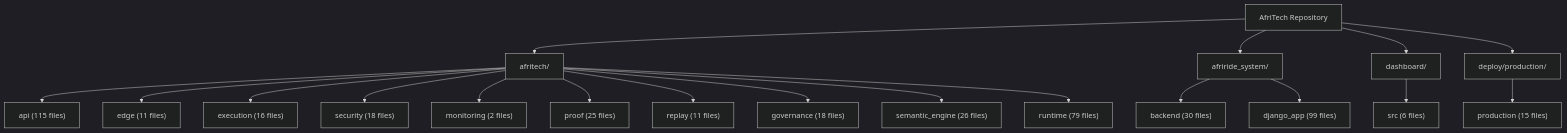
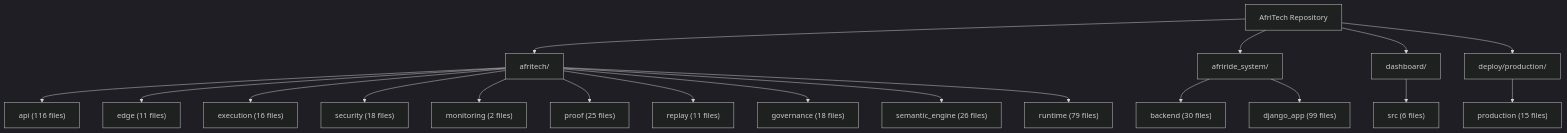
One commit to Strelly2023/afritelematics changed the second of 2 diagrams in docs/architecture/AFRITECH_FULL_ARCHITECTURE_GRAPH.md. Above: the diagram before and after it, drawn with Mermaid (dark theme). The commit also changed other lines of this file and 8 other files, not shown here.

````diff
--- a/docs/architecture/AFRITECH_FULL_ARCHITECTURE_GRAPH.md
+++ b/docs/architecture/AFRITECH_FULL_ARCHITECTURE_GRAPH.md
@@ -64,23 +64,23 @@
 ```mermaid
 flowchart TD
     Root["AfriTech Repository"] --> Core["afritech/"]
     Root --> Ride["afriride_system/"]
     Root --> Ui["dashboard/"]
     Root --> Deploy["deploy/production/"]
 
-    Core --> Api["api (115 files)"]
+    Core --> Api["api (116 files)"]
     Core --> Edge["edge (11 files)"]
     Core --> Execution["execution (16 files)"]
     Core --> Security["security (18 files)"]
     Core --> Monitoring["monitoring (2 files)"]
     Core --> Proof["proof (25 files)"]
     Core --> Replay["replay (11 files)"]
     Core --> Governance["governance (18 files)"]
     Core --> Semantic["semantic_engine (26 files)"]
     Core --> Runtime["runtime (79 files)"]
 
     Ride --> Backend["backend (30 files)"]
     Ride --> Django["django_app (99 files)"]
     Ui --> Dashboard["src (6 files)"]
     Deploy --> Production["production (15 files)"]
 ```
````
